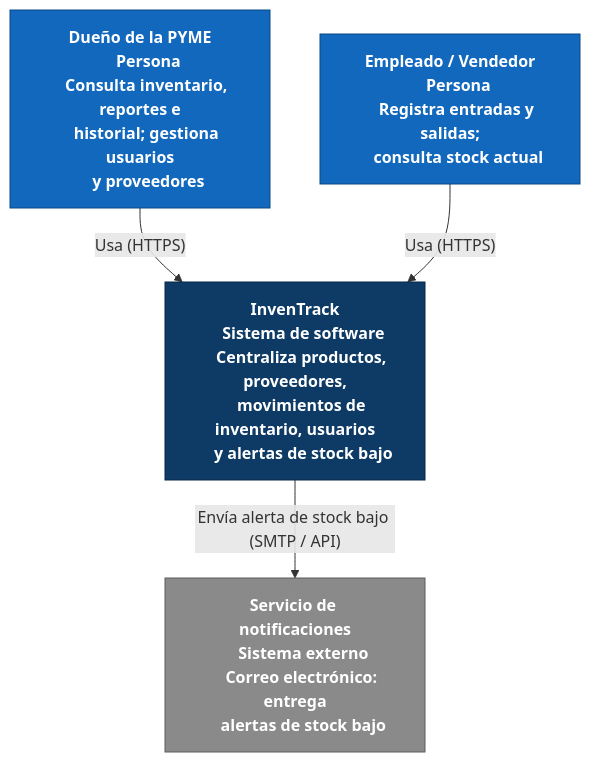
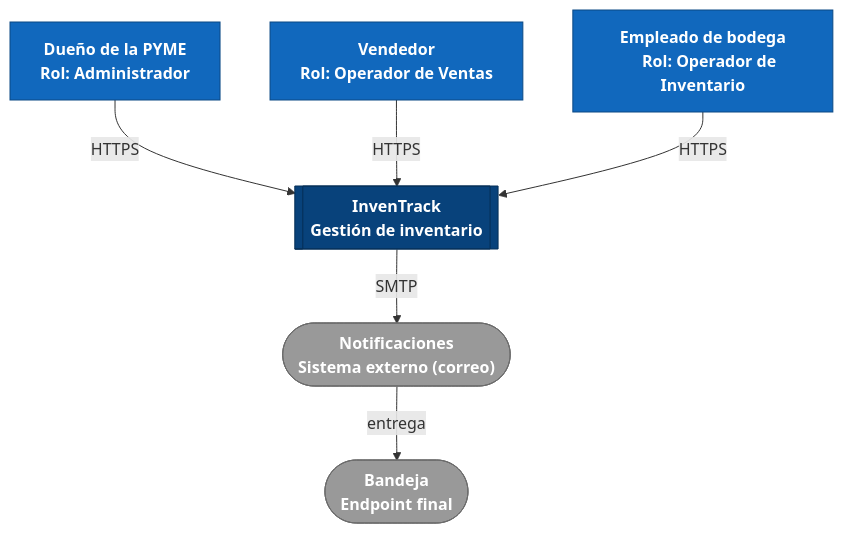
Before and after one commit to ISCOUTB/AS_202620_InvenTrack: the diagram in docs/c4/context.md, drawn with Mermaid. The commit also changed other lines of this file, not shown here.

Commit message:
Update context diagram: refine roles and interactions, enhance clarity in actor definitions

````diff
--- a/docs/c4/context.md
+++ b/docs/c4/context.md
@@ -17,36 +17,29 @@
 ```mermaid
 flowchart TB
     Dueno["Dueño de la PYME
-    Persona
-    Consulta inventario, reportes e
-    historial; gestiona usuarios
-    y proveedores"]
+    Rol: Administrador"]
+    Vendedor["Vendedor
+    Rol: Operador de Ventas"]
+    Empleado["Empleado de bodega
+    Rol: Operador de Inventario"]
+    InvenTrack[["InvenTrack
+    Gestión de inventario"]]
+    Notif(["Notificaciones
+    Sistema externo (correo)"])
+    Bandeja(["Bandeja
+    Endpoint final"])
 
-    Empleado["Empleado / Vendedor
-    Persona
-    Registra entradas y salidas;
-    consulta stock actual"]
-
-    InvenTrack["InvenTrack
-    Sistema de software
-    Centraliza productos, proveedores,
-    movimientos de inventario, usuarios
-    y alertas de stock bajo"]
-
-    Notif["Servicio de notificaciones
-    Sistema externo
-    Correo electrónico: entrega
-    alertas de stock bajo"]
-
-    Dueno -- "Usa (HTTPS)" --> InvenTrack
-    Empleado -- "Usa (HTTPS)" --> InvenTrack
-    InvenTrack -- "Envía alerta de stock bajo (SMTP / API)" --> Notif
+    Dueno -- HTTPS --> InvenTrack
+    Vendedor -- HTTPS --> InvenTrack
+    Empleado -- HTTPS --> InvenTrack
+    InvenTrack -- SMTP --> Notif
+    Notif -- entrega --> Bandeja
 
     classDef person fill:#1168bd,stroke:#0b4884,color:#ffffff,font-weight:bold
-    classDef system fill:#0d3b66,stroke:#082746,color:#ffffff,font-weight:bold
-    classDef external fill:#8a8a8a,stroke:#5c5c5c,color:#ffffff,font-weight:bold
+    classDef system fill:#08427b,stroke:#052e56,color:#ffffff,font-weight:bold
+    classDef external fill:#999999,stroke:#6b6b6b,color:#ffffff,font-weight:bold
 
-    class Dueno,Empleado person
+    class Dueno,Vendedor,Empleado person
     class InvenTrack system
-    class Notif external
+    class Notif,Bandeja external
 ```
````
